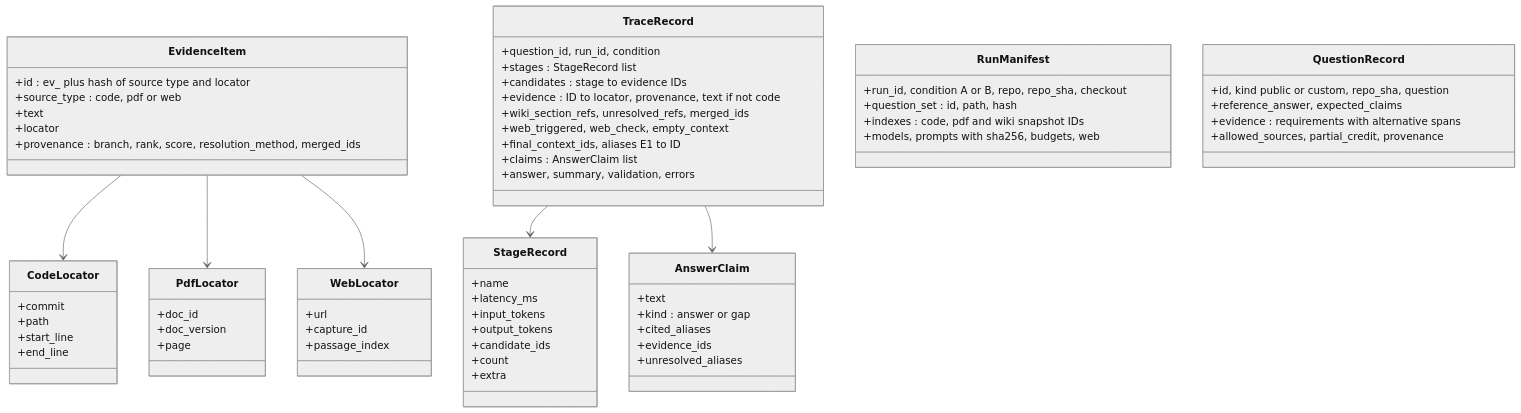
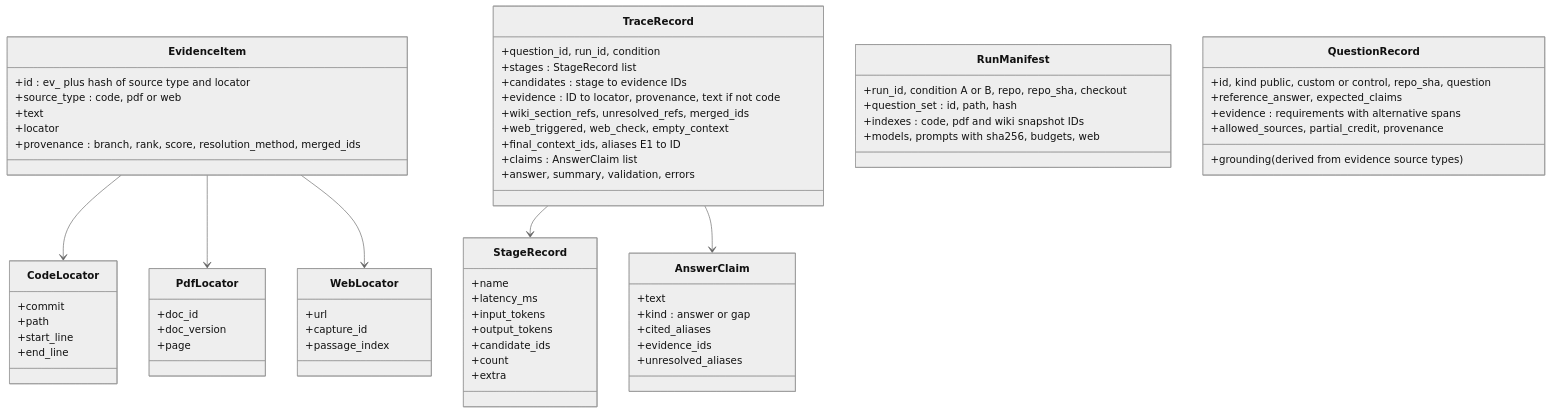
The sixth of 9 diagrams in docs/architecture.md (andresdp/design-wiki-bridge), drawn with Mermaid (neutral theme) before and after one commit. The commit also changed other lines of this file and 6 other files, not shown here.

````diff
--- a/docs/architecture.md
+++ b/docs/architecture.md
@@ -204,72 +204,73 @@
 ```mermaid
 classDiagram
     class EvidenceItem {
         +id : ev_ plus hash of source type and locator
         +source_type : code, pdf or web
         +text
         +locator
         +provenance : branch, rank, score, resolution_method, merged_ids
     }
     class CodeLocator {
         +commit
         +path
         +start_line
         +end_line
     }
     class PdfLocator {
         +doc_id
         +doc_version
         +page
     }
     class WebLocator {
         +url
         +capture_id
         +passage_index
     }
     EvidenceItem --> CodeLocator
     EvidenceItem --> PdfLocator
     EvidenceItem --> WebLocator
 
     class TraceRecord {
         +question_id, run_id, condition
         +stages : StageRecord list
         +candidates : stage to evidence IDs
         +evidence : ID to locator, provenance, text if not code
         +wiki_section_refs, unresolved_refs, merged_ids
         +web_triggered, web_check, empty_context
         +final_context_ids, aliases E1 to ID
         +claims : AnswerClaim list
         +answer, summary, validation, errors
     }
     class StageRecord {
         +name
         +latency_ms
         +input_tokens
         +output_tokens
         +candidate_ids
         +count
         +extra
     }
     class AnswerClaim {
         +text
         +kind : answer or gap
         +cited_aliases
         +evidence_ids
         +unresolved_aliases
     }
     TraceRecord --> StageRecord
     TraceRecord --> AnswerClaim
 
     class RunManifest {
         +run_id, condition A or B, repo, repo_sha, checkout
         +question_set : id, path, hash
         +indexes : code, pdf and wiki snapshot IDs
         +models, prompts with sha256, budgets, web
     }
     class QuestionRecord {
-        +id, kind public or custom, repo_sha, question
+        +id, kind public, custom or control, repo_sha, question
+        +grounding (derived from evidence source types)
         +reference_answer, expected_claims
         +evidence : requirements with alternative spans
         +allowed_sources, partial_credit, provenance
     }
 ```
````
